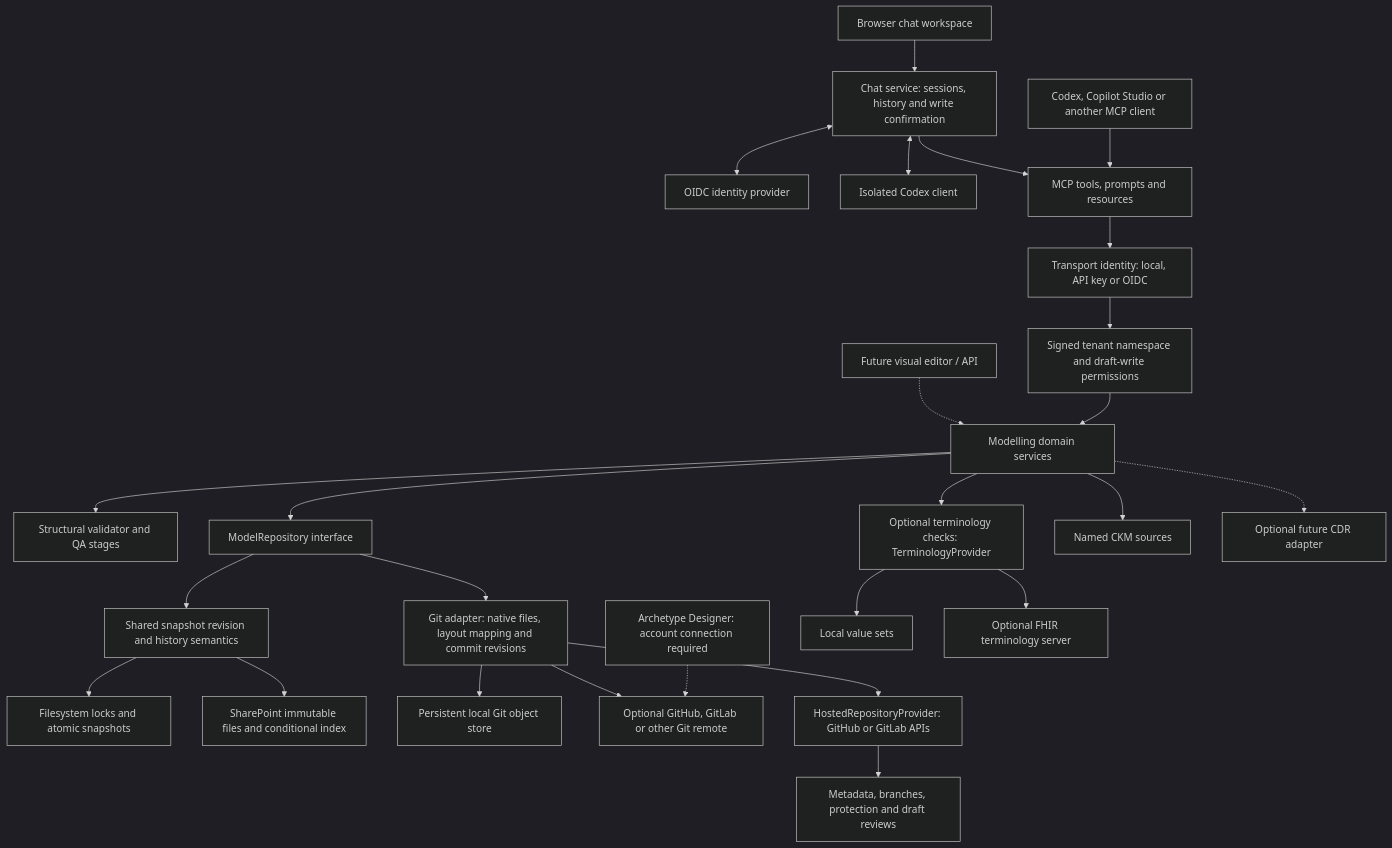
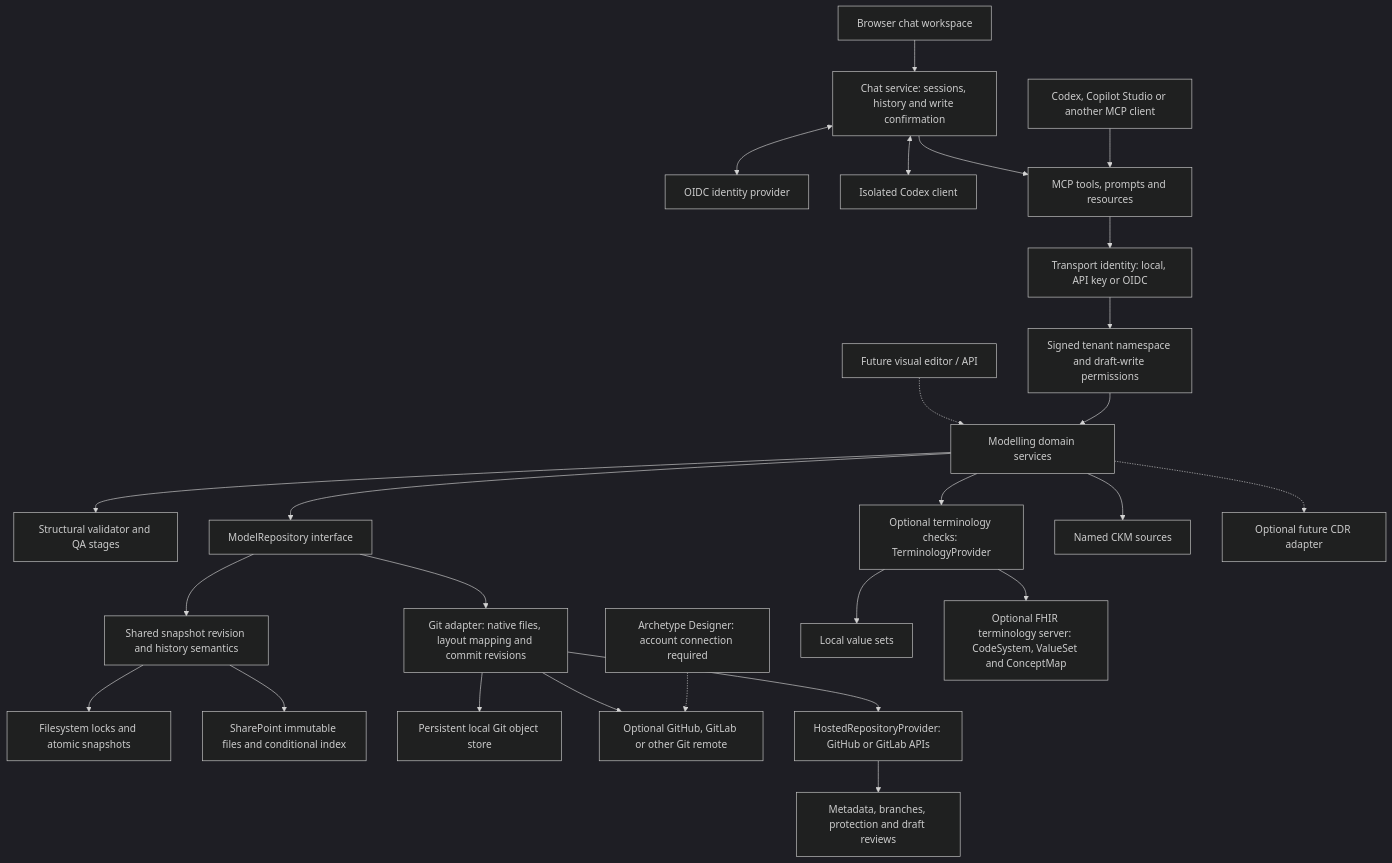
Before and after one commit to CzarMich/openehr-modelling-assistant: the diagram in docs/ARCHITECTURE.md, drawn with Mermaid (dark theme). The commit also changed other lines of this file and 46 other files, not shown here.

````diff
--- a/docs/ARCHITECTURE.md
+++ b/docs/ARCHITECTURE.md
@@ -5,28 +5,28 @@
 ```mermaid
 flowchart TB
     Browser[Browser chat workspace] --> Chat[Chat service: sessions, history and write confirmation]
     Chat <--> Identity[OIDC identity provider]
     Chat <--> Codex[Isolated Codex client]
     Chat --> MCP[MCP tools, prompts and resources]
     AI[Codex, Copilot Studio or another MCP client] --> MCP[MCP tools, prompts and resources]
     UI[Future visual editor / API] -.-> Core[Modelling domain services]
     MCP --> Auth[Transport identity: local, API key or OIDC]
     Auth --> Scope[Signed tenant namespace and draft-write permissions]
     Scope --> Core
     Core --> Validation[Structural validator and QA stages]
     Core --> Repository[ModelRepository interface]
     Repository --> Snap[Shared snapshot revision and history semantics]
     Snap --> FS[Filesystem locks and atomic snapshots]
     Snap --> SP[SharePoint immutable files and conditional index]
     Repository --> Git[Git adapter: native files, layout mapping and commit revisions]
     Git --> Cache[Persistent local Git object store]
     Git --> Remote[Optional GitHub, GitLab or other Git remote]
     Git --> Hosting[HostedRepositoryProvider: GitHub or GitLab APIs]
     Hosting --> Reviews[Metadata, branches, protection and draft reviews]
     Designer[Archetype Designer: account connection required] -.-> Remote
     Core --> Terms[Optional terminology checks: TerminologyProvider]
     Terms --> Local[Local value sets]
-    Terms --> FHIR[Optional FHIR terminology server]
+    Terms --> FHIR[Optional FHIR terminology server: CodeSystem, ValueSet and ConceptMap]
     Core --> CKM[Named CKM sources]
     Core -.-> CDR[Optional future CDR adapter]
 ```
````
